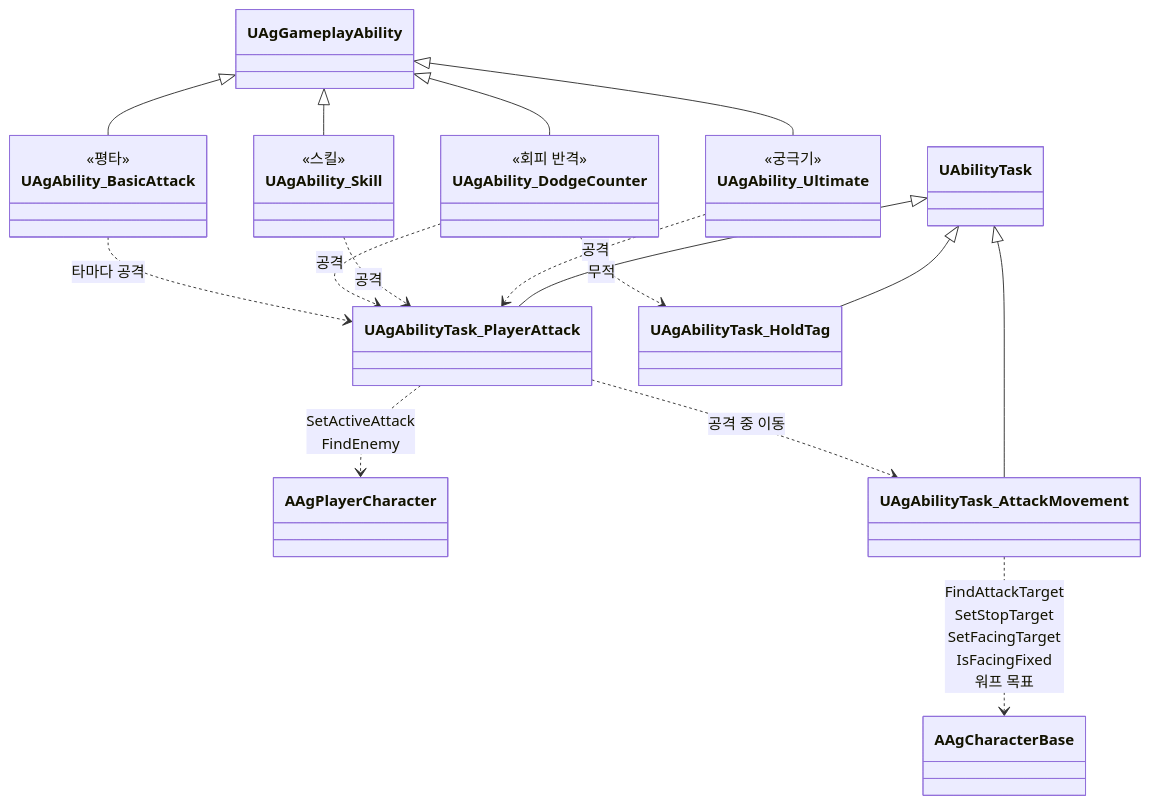
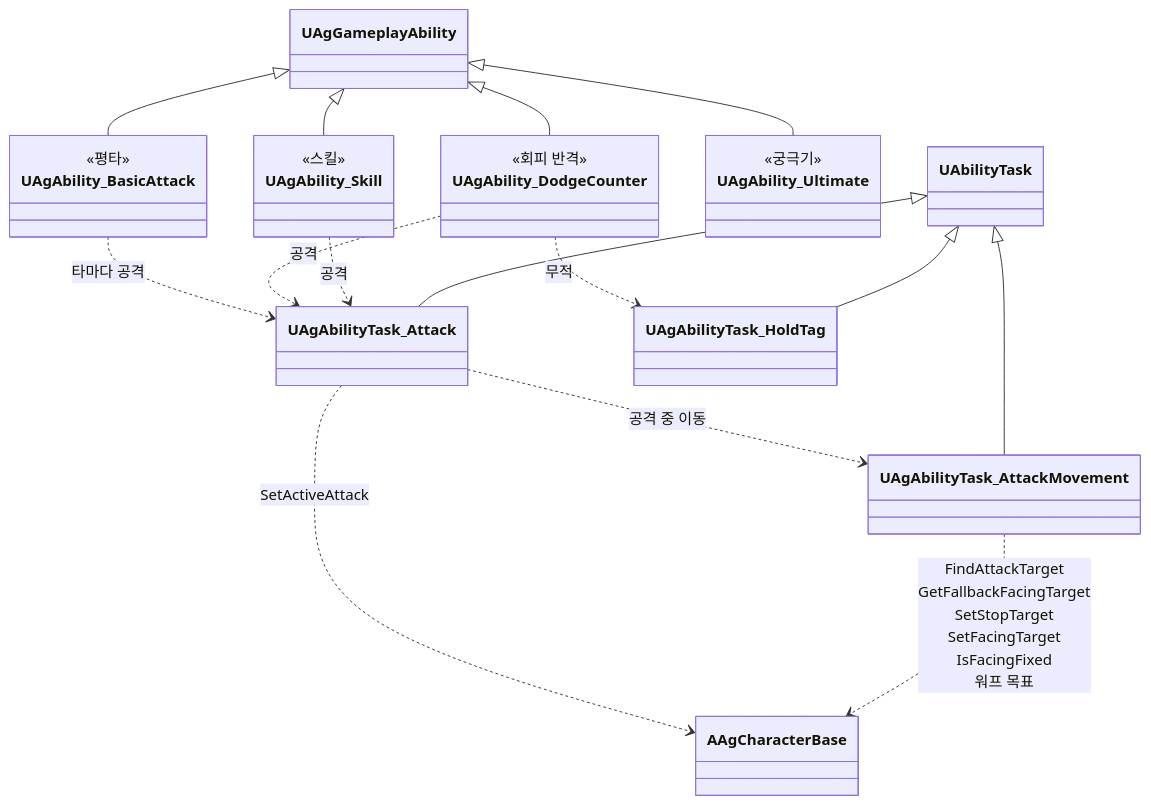
One commit to Woogl/Ag changed the fifth of 21 diagrams in Docs/Program/클래스 구조도.md. Above: the diagram before and after it, drawn with Mermaid. The commit also changed other lines of this file and 19 other files, not shown here.

````diff
--- a/Docs/Program/클래스 구조도.md
+++ b/Docs/Program/클래스 구조도.md
@@ -188,32 +188,31 @@
 ```mermaid
 classDiagram
     direction TB
     class UAgAbility_BasicAttack {
         <<평타>>
     }
     class UAgAbility_DodgeCounter {
         <<회피 반격>>
     }
     class UAgAbility_Skill {
         <<스킬>>
     }
     class UAgAbility_Ultimate {
         <<궁극기>>
     }
     UAgGameplayAbility <|-- UAgAbility_BasicAttack
     UAgGameplayAbility <|-- UAgAbility_DodgeCounter
     UAgGameplayAbility <|-- UAgAbility_Skill
     UAgGameplayAbility <|-- UAgAbility_Ultimate
 
-    UAgAbility_BasicAttack ..> UAgAbilityTask_PlayerAttack : 타마다 공격
-    UAgAbility_DodgeCounter ..> UAgAbilityTask_PlayerAttack : 공격
-    UAgAbility_Skill ..> UAgAbilityTask_PlayerAttack : 공격
-    UAgAbility_Ultimate ..> UAgAbilityTask_PlayerAttack : 공격
+    UAgAbility_BasicAttack ..> UAgAbilityTask_Attack : 타마다 공격
+    UAgAbility_DodgeCounter ..> UAgAbilityTask_Attack : 공격
+    UAgAbility_Skill ..> UAgAbilityTask_Attack : 공격
     UAgAbility_DodgeCounter ..> UAgAbilityTask_HoldTag : 무적
-    UAgAbilityTask_PlayerAttack ..> AAgPlayerCharacter : SetActiveAttack<br>FindEnemy
-    UAgAbilityTask_PlayerAttack ..> UAgAbilityTask_AttackMovement : 공격 중 이동
-    UAgAbilityTask_AttackMovement ..> AAgCharacterBase : FindAttackTarget<br>SetStopTarget<br>SetFacingTarget<br>IsFacingFixed<br>워프 목표
-    UAbilityTask <|-- UAgAbilityTask_PlayerAttack
+    UAgAbilityTask_Attack ..> AAgCharacterBase : SetActiveAttack
+    UAgAbilityTask_Attack ..> UAgAbilityTask_AttackMovement : 공격 중 이동
+    UAgAbilityTask_AttackMovement ..> AAgCharacterBase : FindAttackTarget<br>GetFallbackFacingTarget<br>SetStopTarget<br>SetFacingTarget<br>IsFacingFixed<br>워프 목표
+    UAbilityTask <|-- UAgAbilityTask_Attack
     UAbilityTask <|-- UAgAbilityTask_AttackMovement
     UAbilityTask <|-- UAgAbilityTask_HoldTag
 ```
````
